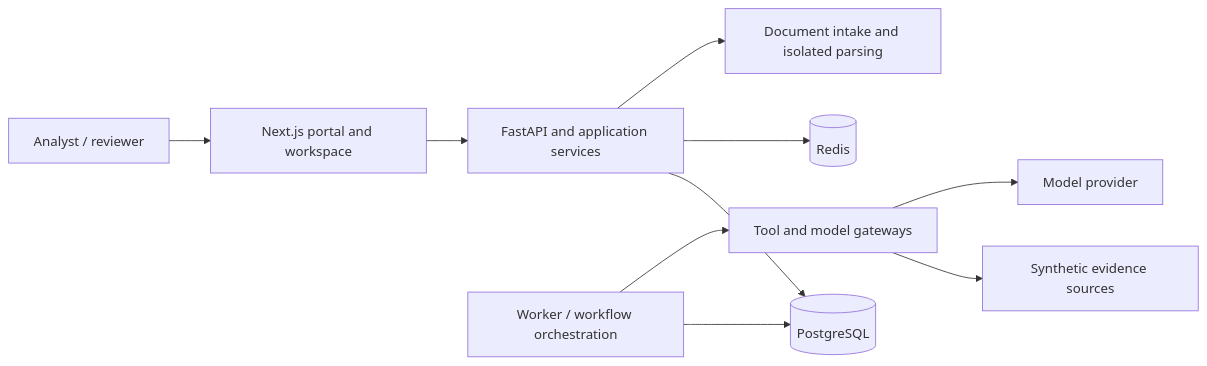
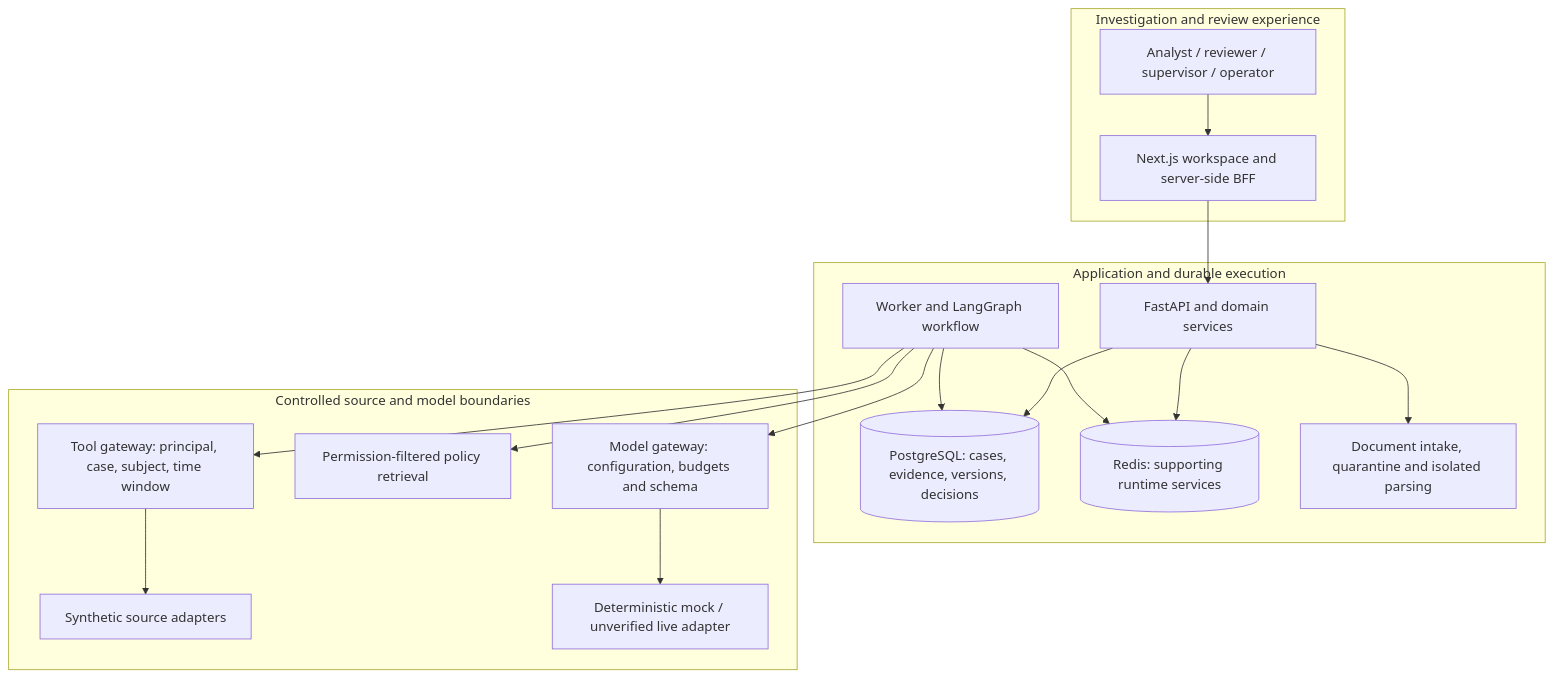
The first of 3 diagrams in docs/07-case-study/08-PORTFOLIO-CASE-STUDY.md (shah-hussain-bangash/finagent-enterprise), drawn with Mermaid before and after one commit. The commit also changed other lines of this file and 2 other files, not shown here.

Commit message:
docs: publish evidence-based enterprise AI architecture case study

````diff
--- a/docs/07-case-study/08-PORTFOLIO-CASE-STUDY.md
+++ b/docs/07-case-study/08-PORTFOLIO-CASE-STUDY.md
@@ -25,12 +65,31 @@
 ```mermaid
-flowchart LR
-  Analyst[Analyst / reviewer] --> UI[Next.js portal and workspace]
-  UI --> API[FastAPI and application services]
-  API --> DB[(PostgreSQL)]
-  API --> Redis[(Redis)]
-  Worker[Worker / workflow orchestration] --> DB
-  Worker --> Gateway[Tool and model gateways]
-  Gateway --> Evidence[Synthetic evidence sources]
-  Gateway --> Model[Model provider]
-  API --> Docs[Document intake and isolated parsing]
+flowchart TB
+  subgraph Experience[Investigation and review experience]
+    People[Analyst / reviewer / supervisor / operator]
+    Web[Next.js workspace and server-side BFF]
+    People --> Web
+  end
+  subgraph Application[Application and durable execution]
+    API[FastAPI and domain services]
+    PG[(PostgreSQL: cases, evidence, versions, decisions)]
+    Redis[(Redis: supporting runtime services)]
+    Worker[Worker and LangGraph workflow]
+    Docs[Document intake, quarantine and isolated parsing]
+    Web --> API
+    API --> PG
+    API --> Redis
+    API --> Docs
+    Worker --> PG
+    Worker --> Redis
+  end
+  subgraph Boundaries[Controlled source and model boundaries]
+    Tools[Tool gateway: principal, case, subject, time window]
+    Sources[Synthetic source adapters]
+    Policy[Permission-filtered policy retrieval]
+    Models[Model gateway: configuration, budgets and schema]
+    Provider[Deterministic mock / unverified live adapter]
+    Worker --> Tools --> Sources
+    Worker --> Policy
+    Worker --> Models --> Provider
+  end
 ```
````
